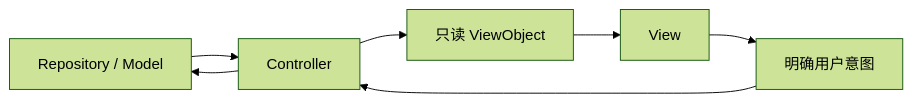
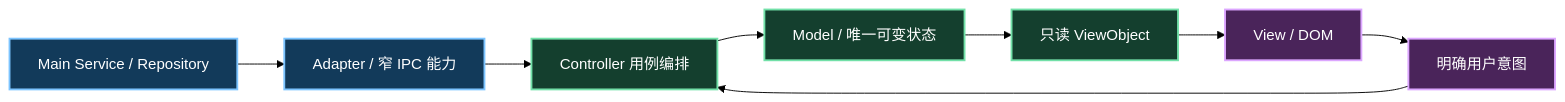
One commit to ShiinaKuroko/AutoWSGR-GUI changed the second of 2 diagrams in docs/features/gui-2.0-alpha-pr-report.md. Above: the diagram before and after it, drawn with Mermaid (forest theme). The commit also changed other lines of this file and 115 other files, not shown here.

````diff
--- a/docs/features/gui-2.0-alpha-pr-report.md
+++ b/docs/features/gui-2.0-alpha-pr-report.md
@@ -181,9 +283,17 @@
 ```mermaid
 flowchart LR
-  R["Repository / Model"] --> C["Controller"]
-  C --> VO["只读 ViewObject"]
-  VO --> V["View"]
+  M["Main Service / Repository"] --> A["Adapter / 窄 IPC 能力"]
+  A --> C["Controller 用例编排"]
+  C --> R["Model / 唯一可变状态"]
+  R --> VO["只读 ViewObject"]
+  VO --> V["View / DOM"]
   V --> I["明确用户意图"]
   I --> C
-  C --> R
+
+  classDef infra fill:#123A5A,color:#FFFFFF,stroke:#7CC4FF,stroke-width:2px;
+  classDef logic fill:#143F2E,color:#FFFFFF,stroke:#72E0A8,stroke-width:2px;
+  classDef view fill:#4A245A,color:#FFFFFF,stroke:#DCA6FF,stroke-width:2px;
+  class M,A infra;
+  class C,R,VO logic;
+  class V,I view;
 ```
````
